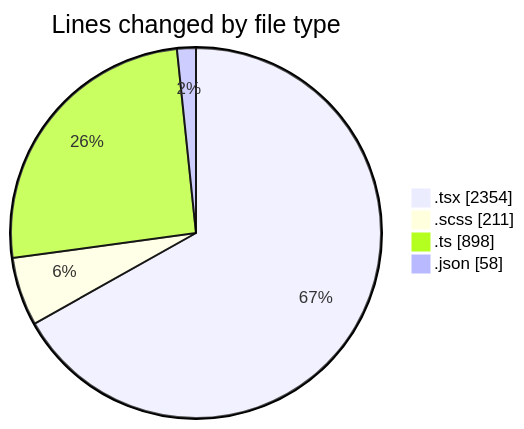
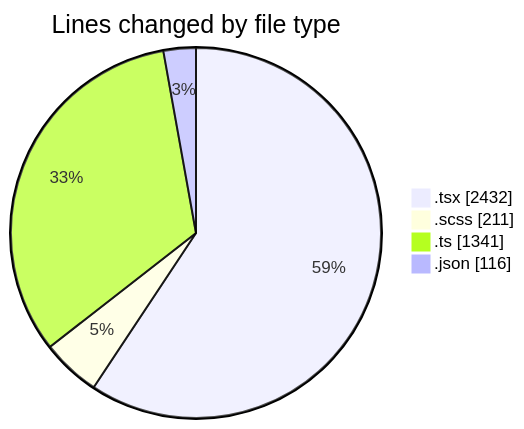
One commit to momahboobian/code-tracking changed the first of 2 diagrams in 2026-09-04/cda/README.md. Above: the diagram before and after it, drawn with Mermaid. The commit also changed other lines of this file and 1 other file, not shown here.

````diff
--- a/2026-09-04/cda/README.md
+++ b/2026-09-04/cda/README.md
@@ -58,8 +58,8 @@
 ```mermaid
 pie showData
 title Lines changed by file type
-".tsx" : 2354
+".tsx" : 2432
 ".scss" : 211
-".ts" : 898
-".json" : 58
+".ts" : 1341
+".json" : 116
 ```
````
